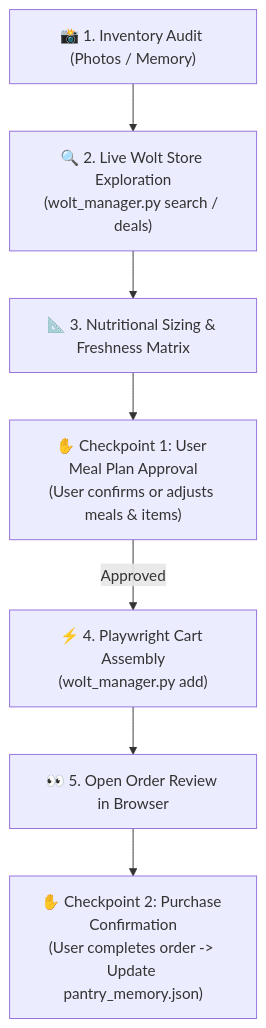
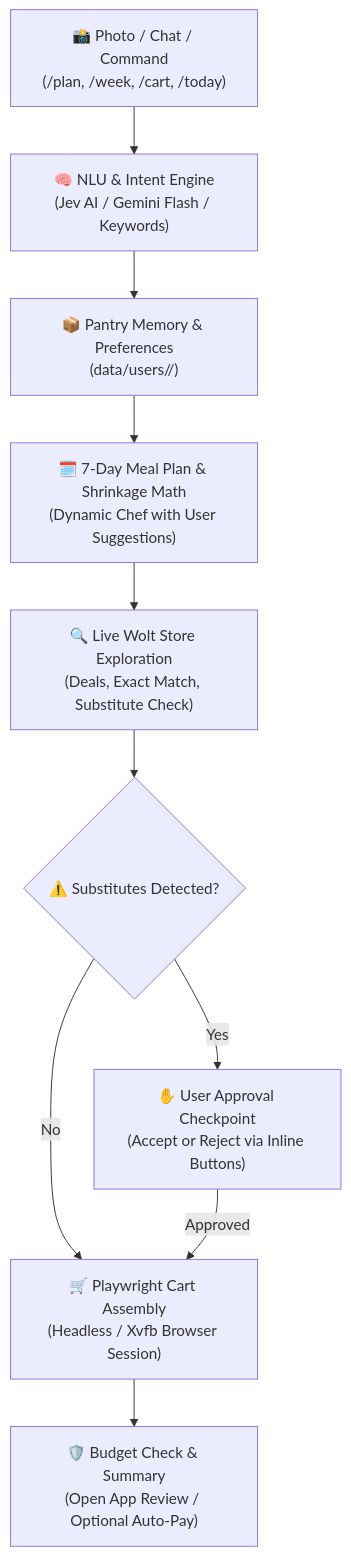
The diagram in README.md (AndresCUd/wolt-smart-pantry), drawn with Mermaid before and after one commit. The commit also changed other lines of this file, not shown here.

Commit message:
docs: update README with modular architecture, per-user API keys, suggestions, and Pi deploy suite

````diff
--- a/README.md
+++ b/README.md
@@ -29,9 +56,12 @@
 ```mermaid
 flowchart TD
-    A["📸 1. Inventory Audit (Photos / Memory)"] --> B["🔍 2. Live Wolt Store Exploration\n(wolt_manager.py search / deals)"]
-    B --> C["📐 3. Nutritional Sizing & Freshness Matrix"]
-    C --> D["✋ Checkpoint 1: User Meal Plan Approval\n(User confirms or adjusts meals & items)"]
-    D -->|Approved| E["⚡ 4. Playwright Cart Assembly\n(wolt_manager.py add)"]
-    E --> F["👀 5. Open Order Review in Browser"]
-    F --> G["✋ Checkpoint 2: Purchase Confirmation\n(User completes order -> Update pantry_memory.json)"]
+    A["📸 Photo / Chat / Command\n(/plan, /week, /cart, /today)"] --> B["🧠 NLU & Intent Engine\n(Jev AI / Gemini Flash / Keywords)"]
+    B --> C["📦 Pantry Memory & Preferences\n(data/users/<id>/)"]
+    C --> D["🗓️ 7-Day Meal Plan & Shrinkage Math\n(Dynamic Chef with User Suggestions)"]
+    D --> E["🔍 Live Wolt Store Exploration\n(Deals, Exact Match, Substitute Check)"]
+    E --> F{"⚠️ Substitutes Detected?"}
+    F -->|Yes| G["✋ User Approval Checkpoint\n(Accept or Reject via Inline Buttons)"]
+    F -->|No| H["🛒 Playwright Cart Assembly\n(Headless / Xvfb Browser Session)"]
+    G -->|Approved| H
+    H --> I["🛡️ Budget Check & Summary\n(Open App Review / Optional Auto-Pay)"]
 ```
````
